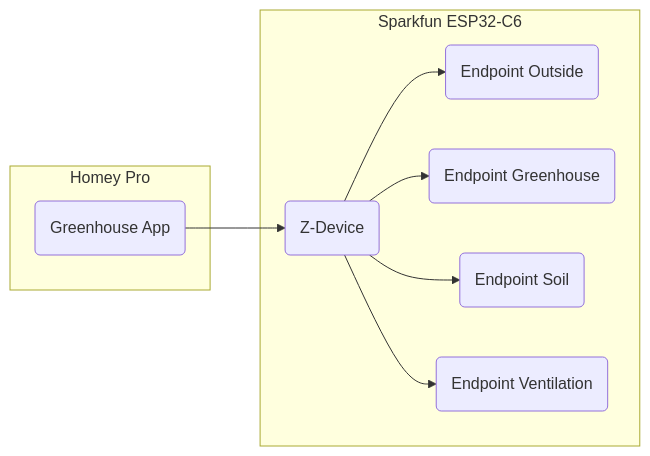
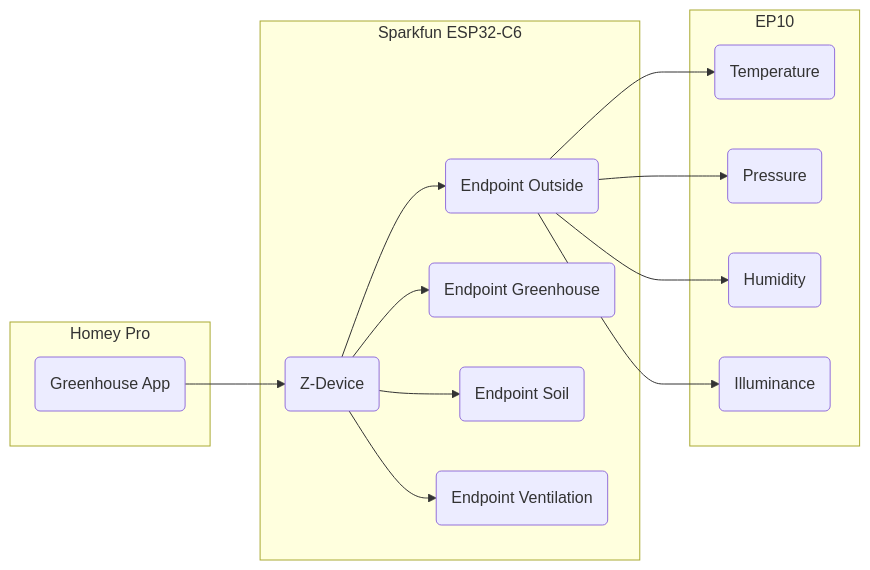
One commit to dnulnets/greenhouse changed the diagram in doc/README.md. Above: the diagram before and after it, drawn with Mermaid.

Commit message:
Updated zigbee model

````diff
--- a/doc/README.md
+++ b/doc/README.md
@@ -5,14 +5,24 @@
 ```mermaid
 flowchart LR
     subgraph Homey Pro
     app("Greenhouse App")
     end
     subgraph Sparkfun ESP32-C6
     zd("Z-Device")
     zd-->ep10("Endpoint Outside")
     zd-->ep20("Endpoint Greenhouse")
     zd-->ep30("Endpoint Soil")
     zd-->ep40("Endpoint Ventilation")
     end
+    subgraph EP10
+    T1("Temperature")
+    P1("Pressure")
+    RH1("Humidity")
+    I1("Illuminance")
+    end
+    ep10-->T1
+    ep10-->P1
+    ep10-->RH1
+    ep10-->I1
     app-->zd
 ```
````
